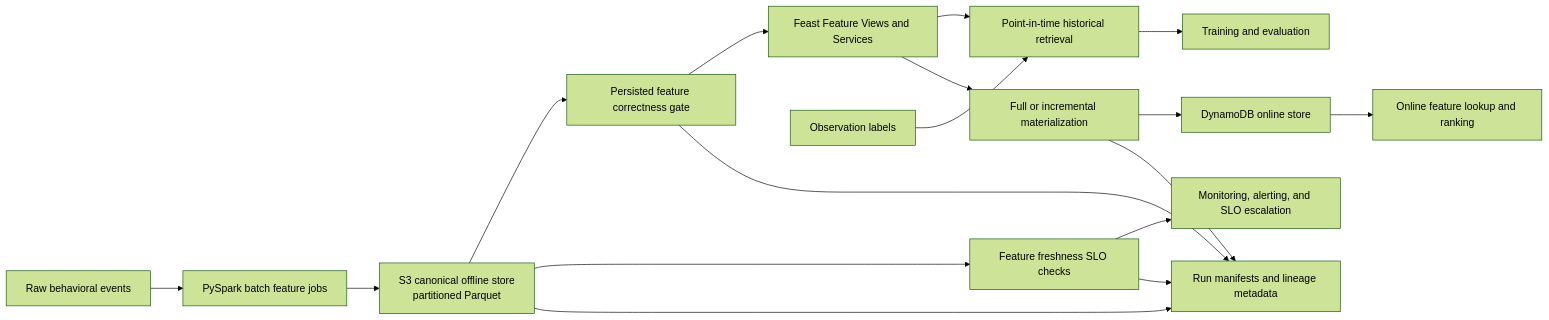
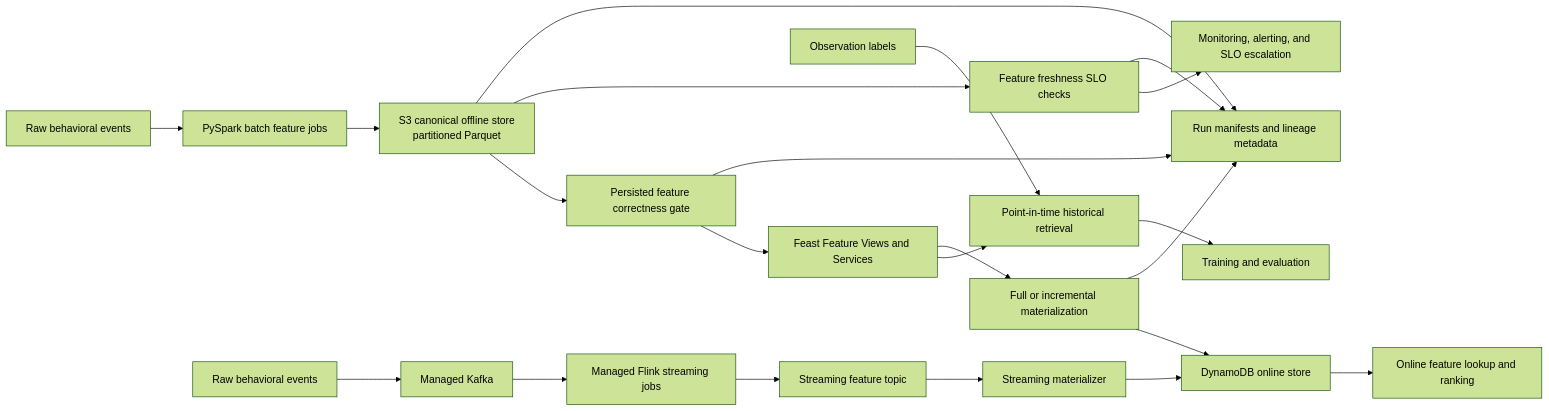
One commit to oster-dev/featureforge changed the diagram in ARCHITECTURE.md. Above: the diagram before and after it, drawn with Mermaid (forest theme). The commit also changed other lines of this file and 3 other files, not shown here.

Commit message:
docs: document streaming feature platform integration

````diff
--- a/ARCHITECTURE.md
+++ b/ARCHITECTURE.md
@@ -691,24 +986,36 @@
 ```mermaid
 flowchart LR
     Raw[Raw behavioral events] --> Spark[PySpark batch feature jobs]
     Spark --> S3Offline[S3 canonical offline store<br/>partitioned Parquet]
 
+
     S3Offline --> Correctness[Persisted feature correctness gate]
     S3Offline --> Freshness[Feature freshness SLO checks]
 
+
     Correctness --> Feast[Feast Feature Views and Services]
     Freshness --> Ops[Monitoring, alerting, and SLO escalation]
+
 
     Labels[Observation labels] --> Historical[Point-in-time historical retrieval]
     Feast --> Historical
     Historical --> Training[Training and evaluation]
 
+
     Feast --> Materialize[Full or incremental materialization]
     Materialize --> Dynamo[DynamoDB online store]
     Dynamo --> Serving[Online feature lookup and ranking]
+
+
+    Events[Raw behavioral events] --> Kafka[Managed Kafka]
+    Kafka --> Flink[Managed Flink streaming jobs]
+    Flink --> Features[Streaming feature topic]
+    Features --> Materializer[Streaming materializer]
+    Materializer --> Dynamo
+
 
     S3Offline --> Manifests[Run manifests and lineage metadata]
     Correctness --> Manifests
     Freshness --> Manifests
     Materialize --> Manifests
 ```
````
